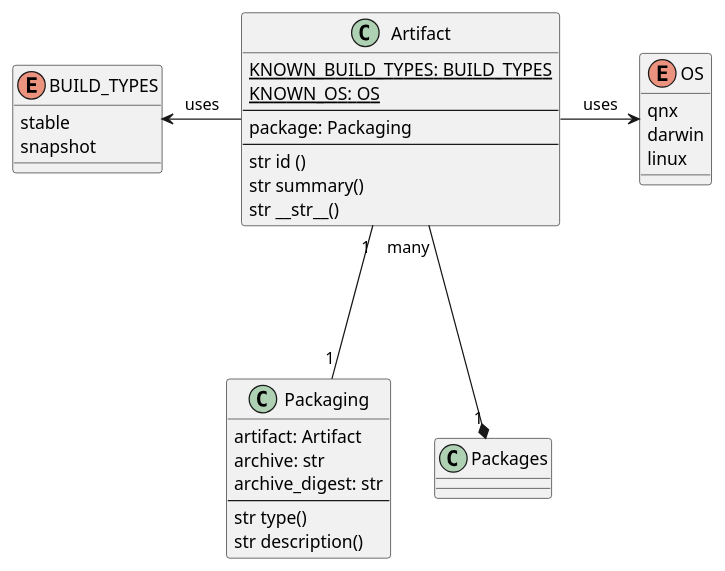
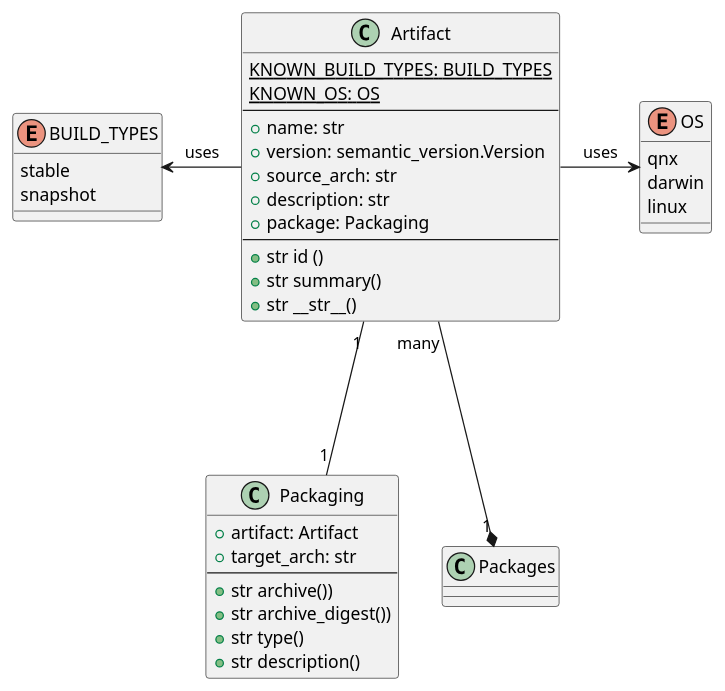
One commit to HerbertKoelman/python_sample changed the diagram in diagrams/utils-artifact-classes.puml. Above: the diagram before and after it, drawn with PlantUML. The commit also changed 18 other files, not shown here.

```diff
--- a/diagrams/utils-artifact-classes.puml
+++ b/diagrams/utils-artifact-classes.puml
@@ -1,43 +1,48 @@
 @startuml
 
 class Artifact {
   {static} KNOWN_BUILD_TYPES: BUILD_TYPES
   {static} KNOWN_OS: OS
   --
-  package: Packaging
+  +name: str
+  +version: semantic_version.Version
+  +source_arch: str
+  +description: str
+  +package: Packaging
   --
-  str id ()
-  str summary()
-  str __str__()
+  +str id ()
+  +str summary()
+  +str __str__()
 }
 
 class Packaging {
-  artifact: Artifact
-  archive: str
-  archive_digest: str
+  +artifact: Artifact
+  +target_arch: str
   --
-  str type()
-  str description()
+  +str archive())
+  +str archive_digest())
+  +str type()
+  +str description()
 }
 
 class Packages{
 }
 
 enum BUILD_TYPES{
 stable
 snapshot
 }
 
 enum OS {
   qnx
   darwin
   linux
 }
 
 Artifact "1" --- "1" Packaging
 Artifact -left-> BUILD_TYPES : uses
 Artifact -right-> OS : uses
 
 Artifact "many" ---* "1" Packages
 
 @enduml
```
